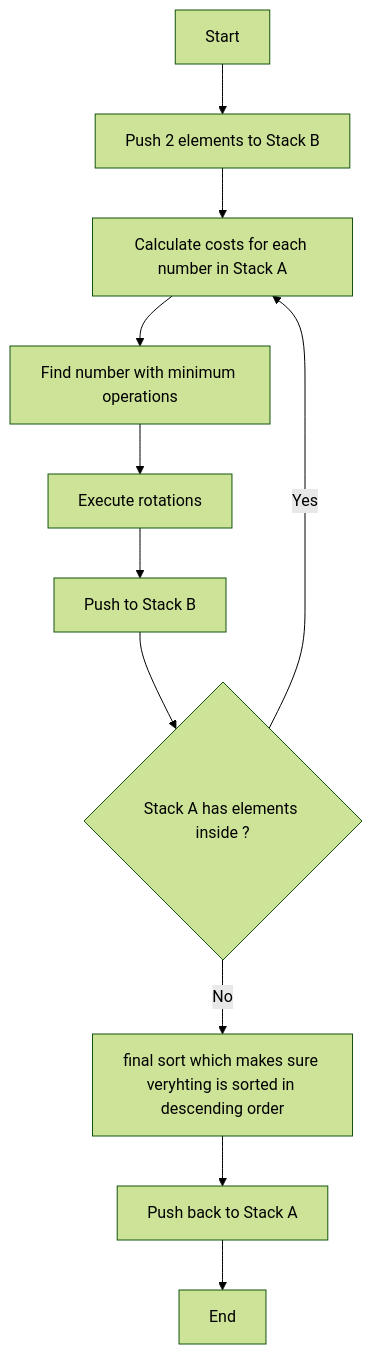
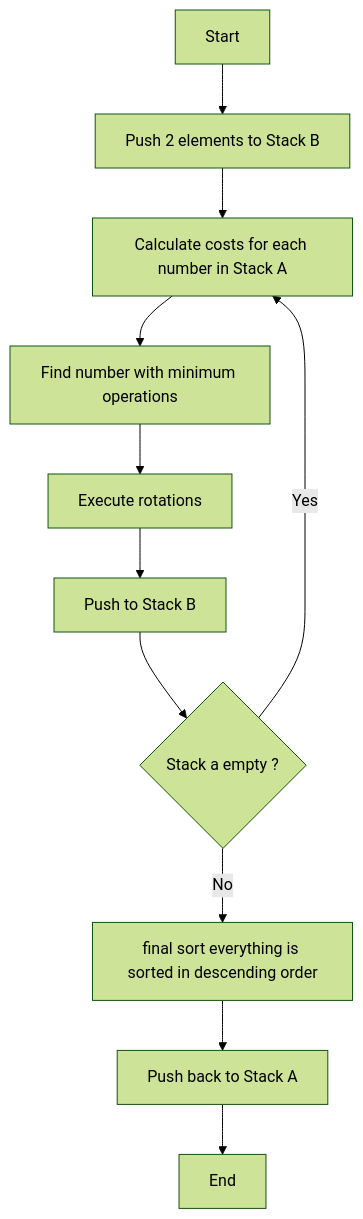
One commit to Idriz4work/push_swap changed the diagram in readme.md. Above: the diagram before and after it, drawn with Mermaid (forest theme).

````diff
--- a/readme.md
+++ b/readme.md
@@ -22,13 +22,13 @@
 ```mermaid
 graph TD
     A[Start] --> B[Push 2 elements to Stack B]
     B --> C[Calculate costs for each number in Stack A]
     C --> D[Find number with minimum operations]
     D --> E[Execute rotations]
     E --> F[Push to Stack B]
-    F --> G{Stack A has elements inside ?}
+    F --> G{Stack a empty ?}
     G -->|Yes| C
-    G -->|No| H[ final sort which makes sure veryhting is sorted in descending order]
+    G -->|No| H[ final sort everything is sorted in descending order]
     H --> I[Push back to Stack A]
     I --> J[End]
 ```
````
